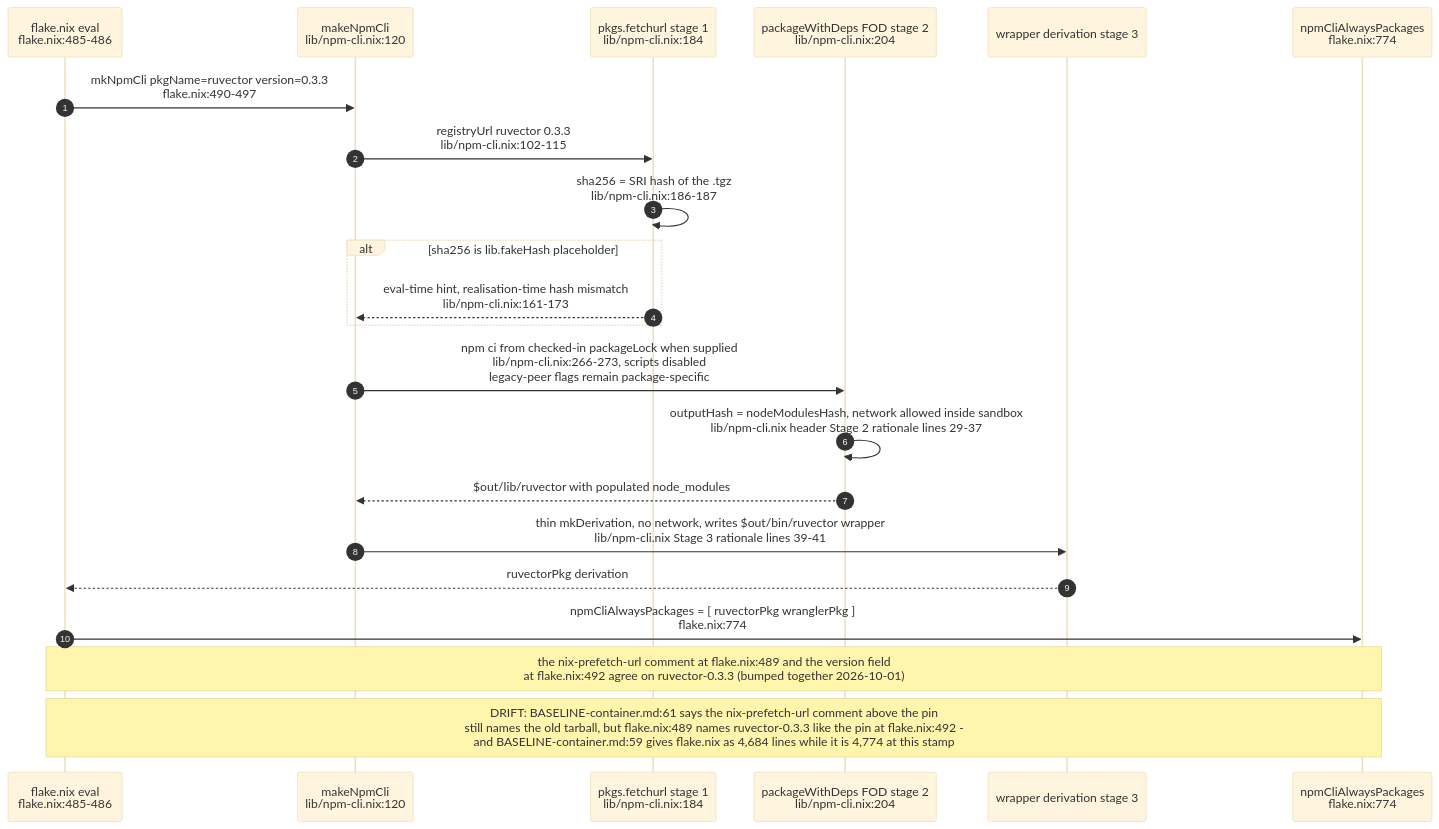
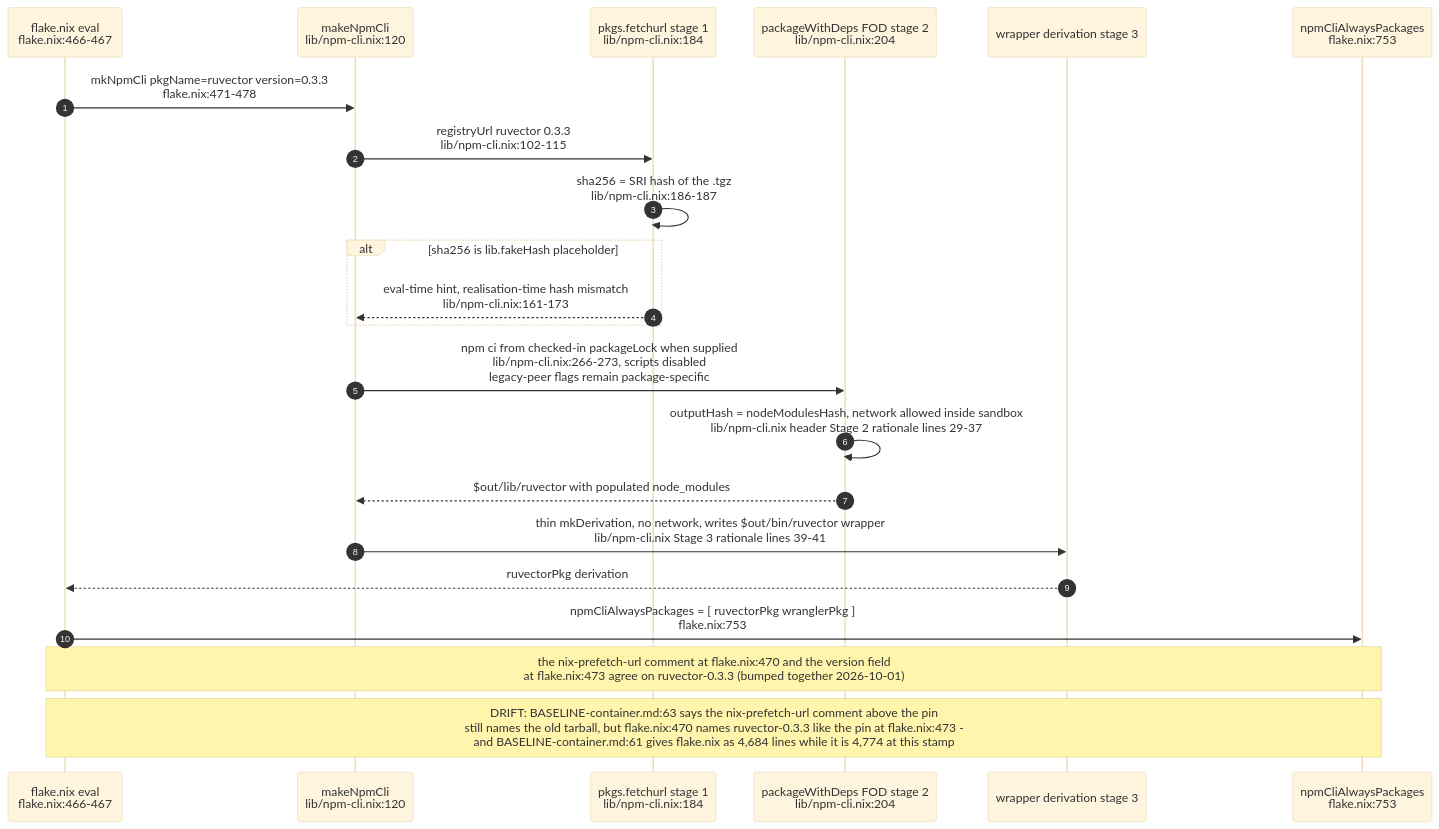
The fifth of 10 diagrams in docs/diagrams/agentbox/01-nix-flake-composition.md (DreamLab-AI/VisionFlow), drawn with Mermaid (base theme) before and after one commit. The commit also changed other lines of this file and 145 other files, not shown here.

````diff
--- a/docs/diagrams/agentbox/01-nix-flake-composition.md
+++ b/docs/diagrams/agentbox/01-nix-flake-composition.md
@@ -251,25 +257,25 @@
 ```mermaid
 sequenceDiagram
     autonumber
-    participant FLAKE as flake.nix eval<br/>flake.nix:485-486
+    participant FLAKE as flake.nix eval<br/>flake.nix:466-467
     participant MK as makeNpmCli<br/>lib/npm-cli.nix:120
     participant FETCH as pkgs.fetchurl stage 1<br/>lib/npm-cli.nix:184
     participant FOD as packageWithDeps FOD stage 2<br/>lib/npm-cli.nix:204
     participant WRAP as wrapper derivation stage 3
-    participant ALWAYS as npmCliAlwaysPackages<br/>flake.nix:774
+    participant ALWAYS as npmCliAlwaysPackages<br/>flake.nix:753
 
-    FLAKE->>MK: mkNpmCli pkgName=ruvector version=0.3.3<br/>flake.nix:490-497
+    FLAKE->>MK: mkNpmCli pkgName=ruvector version=0.3.3<br/>flake.nix:471-478
     MK->>FETCH: registryUrl ruvector 0.3.3<br/>lib/npm-cli.nix:102-115
     FETCH->>FETCH: sha256 = SRI hash of the .tgz<br/>lib/npm-cli.nix:186-187
     alt sha256 is lib.fakeHash placeholder
         FETCH-->>MK: eval-time hint, realisation-time hash mismatch<br/>lib/npm-cli.nix:161-173
     end
     MK->>FOD: npm ci from checked-in packageLock when supplied<br/>lib/npm-cli.nix:266-273, scripts disabled<br/>legacy-peer flags remain package-specific
     FOD->>FOD: outputHash = nodeModulesHash, network allowed inside sandbox<br/>lib/npm-cli.nix header Stage 2 rationale lines 29-37
     FOD-->>MK: $out/lib/ruvector with populated node_modules
     MK->>WRAP: thin mkDerivation, no network, writes $out/bin/ruvector wrapper<br/>lib/npm-cli.nix Stage 3 rationale lines 39-41
     WRAP-->>FLAKE: ruvectorPkg derivation
-    FLAKE->>ALWAYS: npmCliAlwaysPackages = [ ruvectorPkg wranglerPkg ]<br/>flake.nix:774
-    Note over FLAKE,ALWAYS: the nix-prefetch-url comment at flake.nix:489 and the version field<br/>at flake.nix:492 agree on ruvector-0.3.3 (bumped together 2026-10-01)
-    Note over FLAKE,ALWAYS: DRIFT: BASELINE-container.md:61 says the nix-prefetch-url comment above the pin<br/>still names the old tarball, but flake.nix:489 names ruvector-0.3.3 like the pin at flake.nix:492 -<br/>and BASELINE-container.md:59 gives flake.nix as 4,684 lines while it is 4,774 at this stamp
+    FLAKE->>ALWAYS: npmCliAlwaysPackages = [ ruvectorPkg wranglerPkg ]<br/>flake.nix:753
+    Note over FLAKE,ALWAYS: the nix-prefetch-url comment at flake.nix:470 and the version field<br/>at flake.nix:473 agree on ruvector-0.3.3 (bumped together 2026-10-01)
+    Note over FLAKE,ALWAYS: DRIFT: BASELINE-container.md:63 says the nix-prefetch-url comment above the pin<br/>still names the old tarball, but flake.nix:470 names ruvector-0.3.3 like the pin at flake.nix:473 -<br/>and BASELINE-container.md:61 gives flake.nix as 4,684 lines while it is 4,774 at this stamp
 ```
````
